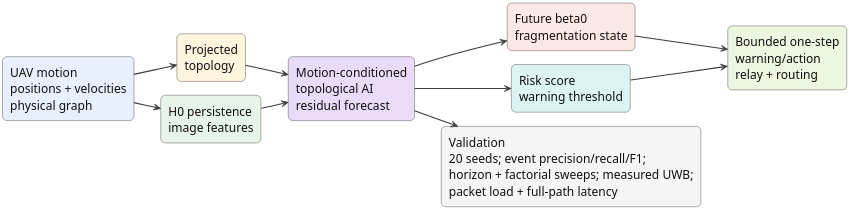
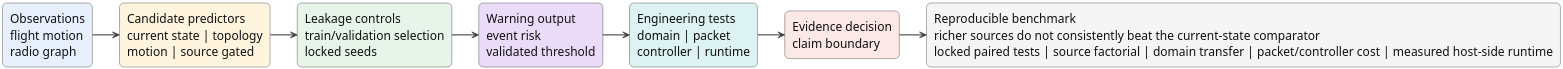
Before and after one commit to ErcanErkalkan/FANET-TopoGNN: the diagram in paper/figures/plantuml/graphical_abstract.puml, drawn with PlantUML. The commit also changed 133 other files, not shown here.

```diff
--- a/paper/figures/plantuml/graphical_abstract.puml
+++ b/paper/figures/plantuml/graphical_abstract.puml
@@ -1,37 +1,33 @@
 @startuml
 !pragma layout smetana
 skinparam dpi 300
 skinparam shadowing false
 skinparam backgroundColor #FFFFFF
 skinparam defaultFontName Arial
 skinparam defaultFontSize 16
 skinparam ArrowColor #3B3B3B
 skinparam ArrowThickness 1.4
 skinparam rectangle {
   BorderColor #2D2D2D
   FontColor #111111
   RoundCorner 12
 }
 
 left to right direction
 
-rectangle "UAV motion\npositions + velocities\nphysical graph" as motion #E8F0FE
-rectangle "Projected\ntopology" as projected #FFF4DE
-rectangle "H0 persistence\nimage features" as persistence #E6F4EA
-rectangle "Motion-conditioned\ntopological AI\nresidual forecast" as ai #EADCF8
-rectangle "Future beta0\nfragmentation state" as beta #FCE8E6
-rectangle "Risk score\nwarning threshold" as risk #DDF2F2
-rectangle "Bounded one-step\nwarning/action\nrelay + routing" as action #EDF6DF
-rectangle "Validation\n20 seeds; event precision/recall/F1;\nhorizon + factorial sweeps; measured UWB;\npacket load + full-path latency" as validation #F5F5F5
+rectangle "Observations\nflight motion\nradio graph" as observations #E8F0FE
+rectangle "Candidate predictors\ncurrent state | topology\nmotion | source gated" as predictors #FFF4DE
+rectangle "Leakage controls\ntrain/validation selection\nlocked seeds" as controls #E6F4EA
+rectangle "Warning output\nevent risk\nvalidated threshold" as warning #EADCF8
+rectangle "Engineering tests\ndomain | packet\ncontroller | runtime" as tests #DDF2F2
+rectangle "Evidence decision\nclaim boundary" as decision #FCE8E6
+rectangle "Reproducible benchmark\nricher sources do not consistently beat the current-state comparator\nlocked paired tests | source factorial | domain transfer | packet/controller cost | measured host-side runtime" as summary #F5F5F5
 
-motion --> projected
-motion --> persistence
-projected --> ai
-persistence --> ai
-ai --> beta
-ai --> risk
-beta --> action
-risk --> action
-ai --> validation
+observations --> predictors
+predictors --> controls
+controls --> warning
+warning --> tests
+tests --> decision
+decision --> summary
 
 @enduml
```
